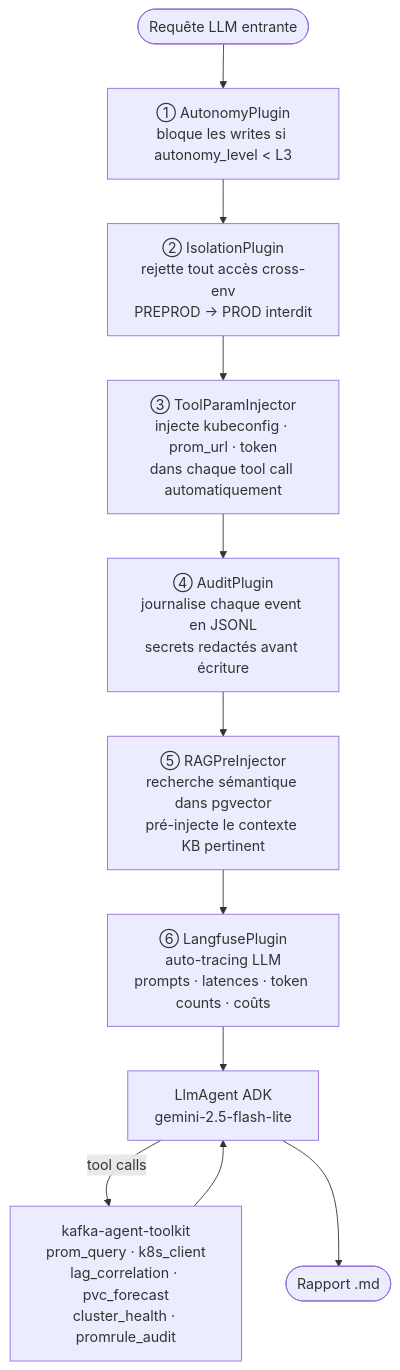
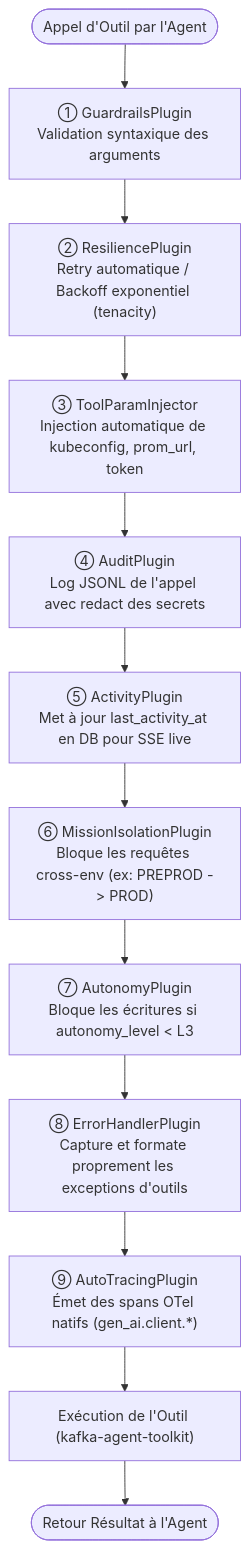
Before and after one commit to arabaaoui/kafka-agentic-platform: the third of 3 diagrams in README.md, drawn with Mermaid. The commit also changed other lines of this file, not shown here.

````diff
--- a/README.md
+++ b/README.md
@@ -98,18 +182,18 @@
 ```mermaid
 flowchart TD
-    REQ(["Requête LLM entrante"]) --> P1
+    REQ(["Appel d'Outil par l'Agent"]) --> P1
 
-    P1["① AutonomyPlugin\nbloque les writes si autonomy_level < L3"]
-    P2["② IsolationPlugin\nrejette tout accès cross-env\nPREPROD → PROD interdit"]
-    P3["③ ToolParamInjector\ninjecte kubeconfig · prom_url · token\ndans chaque tool call automatiquement"]
-    P4["④ AuditPlugin\njournalise chaque event en JSONL\nsecrets redactés avant écriture"]
-    P5["⑤ RAGPreInjector\nrecherche sémantique dans pgvector\npré-injecte le contexte KB pertinent"]
-    P6["⑥ LangfusePlugin\nauto-tracing LLM\nprompts · latences · token counts · coûts"]
+    P1["① GuardrailsPlugin\nValidation syntaxique des arguments"]
+    P2["② ResiliencePlugin\nRetry automatique / Backoff exponentiel (tenacity)"]
+    P3["③ ToolParamInjector\nInjection automatique de kubeconfig, prom_url, token"]
+    P4["④ AuditPlugin\nLog JSONL de l'appel avec redact des secrets"]
+    P5["⑤ ActivityPlugin\nMet à jour last_activity_at en DB pour SSE live"]
+    P6["⑥ MissionIsolationPlugin\nBloque les requêtes cross-env (ex: PREPROD -> PROD)"]
+    P7["⑦ AutonomyPlugin\nBloque les écritures si autonomy_level < L3"]
+    P8["⑧ ErrorHandlerPlugin\nCapture et formate proprement les exceptions d'outils"]
+    P9["⑨ AutoTracingPlugin\nÉmet des spans OTel natifs (gen_ai.client.*)"]
 
-    P1 --> P2 --> P3 --> P4 --> P5 --> P6
-
-    P6 --> LLM["LlmAgent ADK\ngemini-2.5-flash-lite"]
-    LLM -->|tool calls| TK["kafka-agent-toolkit\nprom_query · k8s_client\nlag_correlation · pvc_forecast\ncluster_health · promrule_audit"]
-    TK --> LLM
-    LLM --> REPORT(["Rapport .md"])
+    P1 --> P2 --> P3 --> P4 --> P5 --> P6 --> P7 --> P8 --> P9
+    P9 --> EXEC["Exécution de l'Outil (kafka-agent-toolkit)"]
+    EXEC --> RET(["Retour Résultat à l'Agent"])
 ```
````
